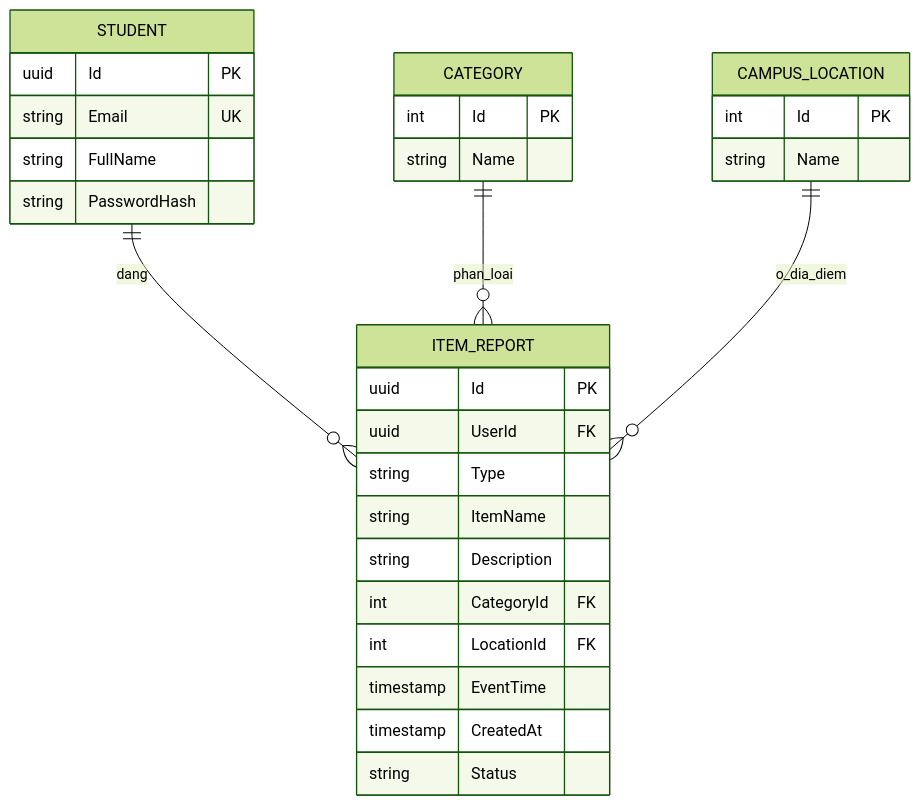
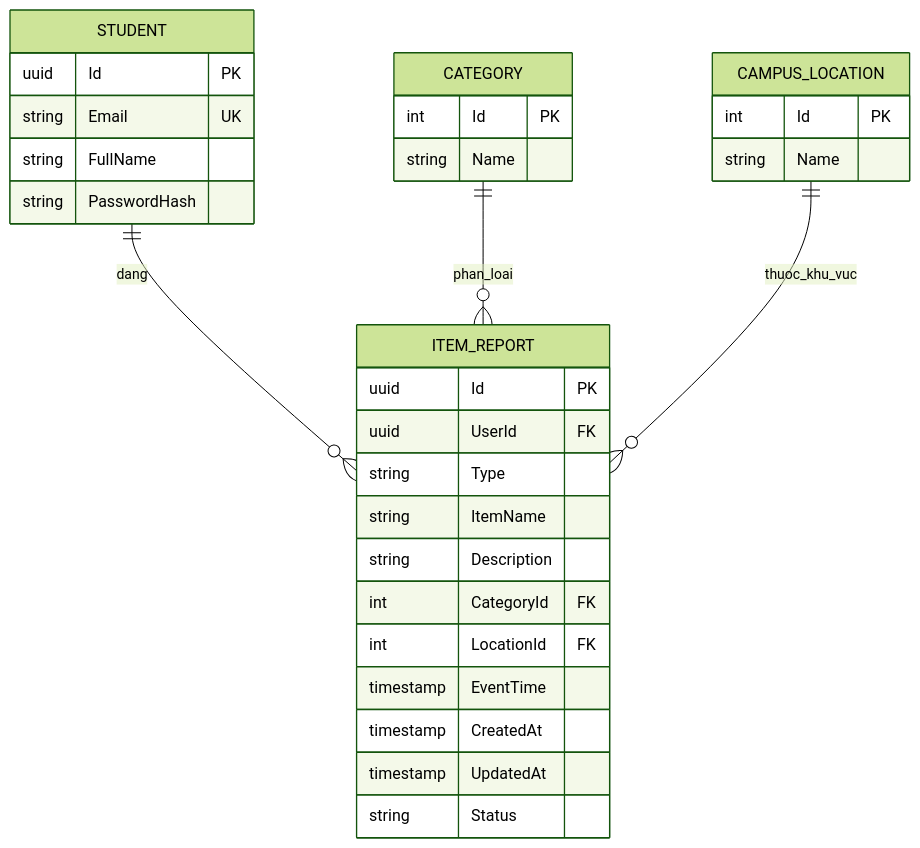
Before and after one commit to mduc597/foundly-lost-and-found: the diagram in docs/sprint-01/05_so_do_du_lieu.md, drawn with Mermaid (forest theme). The commit also changed other lines of this file, not shown here.

````diff
--- a/docs/sprint-01/05_so_do_du_lieu.md
+++ b/docs/sprint-01/05_so_do_du_lieu.md
@@ -3,32 +15,34 @@
 ```mermaid
 erDiagram
     STUDENT ||--o{ ITEM_REPORT : dang
     CATEGORY ||--o{ ITEM_REPORT : phan_loai
-    CAMPUS_LOCATION ||--o{ ITEM_REPORT : o_dia_diem
+    CAMPUS_LOCATION ||--o{ ITEM_REPORT : thuoc_khu_vuc
+
     STUDENT {
         uuid Id PK
         string Email UK
         string FullName
         string PasswordHash
     }
     CATEGORY {
         int Id PK
         string Name
     }
     CAMPUS_LOCATION {
         int Id PK
         string Name
     }
     ITEM_REPORT {
         uuid Id PK
         uuid UserId FK
         string Type
         string ItemName
         string Description
         int CategoryId FK
         int LocationId FK
         timestamp EventTime
         timestamp CreatedAt
+        timestamp UpdatedAt
         string Status
     }
 ```
````
